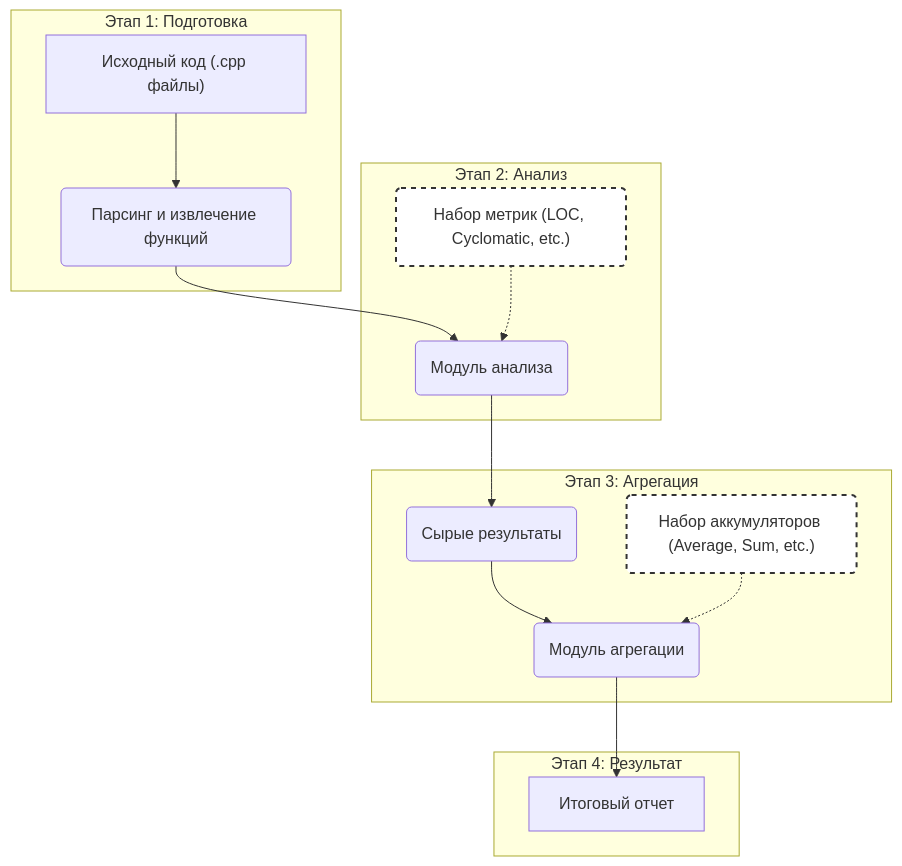
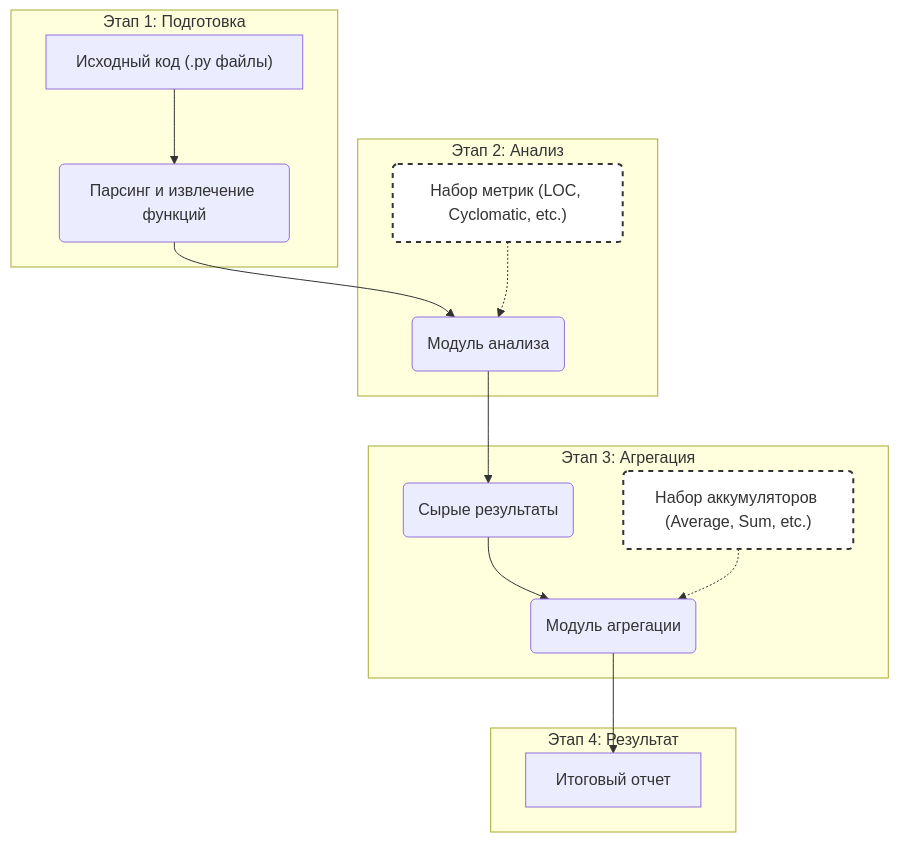
Before and after one commit to nmaks2012/CodeAnalyser: the diagram in README.md, drawn with Mermaid. The commit also changed other lines of this file, not shown here.

````diff
--- a/README.md
+++ b/README.md
@@ -37,26 +37,26 @@
 ```mermaid
 graph TD
     subgraph "Этап 1: Подготовка"
-        A["Исходный код (.cpp файлы)"] --> B("Парсинг и извлечение функций");
+        A["Исходный код (.py файлы)"] --> B("Парсинг и извлечение функций");
     end
 
     subgraph "Этап 2: Анализ"
         style C fill:#fff,stroke:#333,stroke-width:2px,stroke-dasharray: 5 5
         C("Набор метрик (LOC, Cyclomatic, etc.)")
 
         B --> D("Модуль анализа");
         C -.-> D;
     end
     
     subgraph "Этап 3: Агрегация"
         style F fill:#fff,stroke:#333,stroke-width:2px,stroke-dasharray: 5 5
         F("Набор аккумуляторов (Average, Sum, etc.)")
 
         D --> E("Сырые результаты") --> G("Модуль агрегации");
         F -.-> G;
     end
 
     subgraph "Этап 4: Результат"
         G --> H["Итоговый отчет"];
     end
 ```
````
